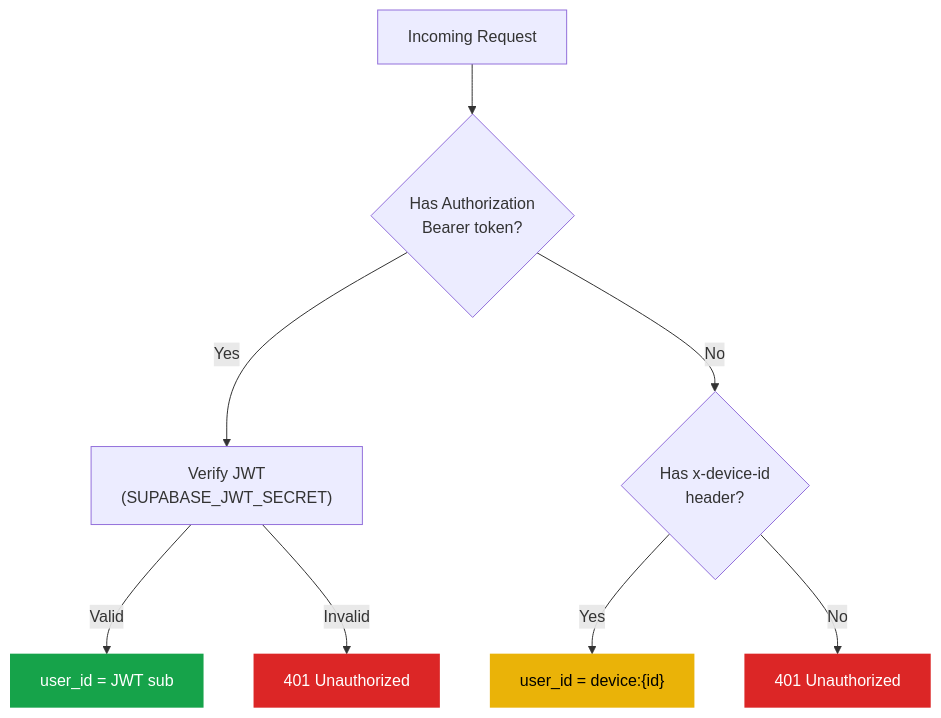
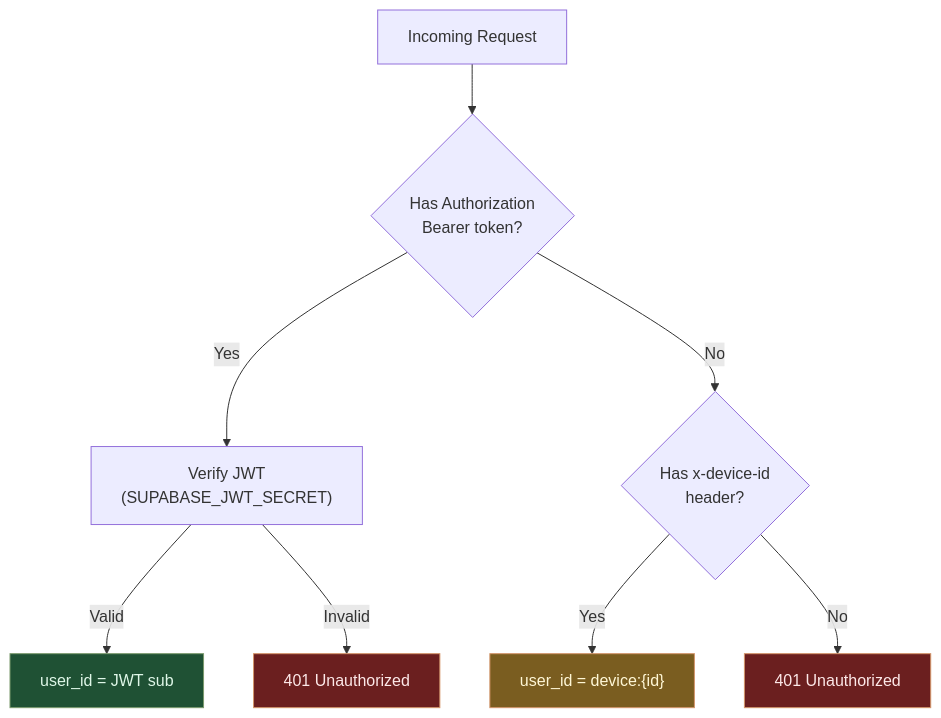
Before and after one commit to wartelth/baristapp: the fourth of 5 diagrams in docs/docs/architecture/security.md, drawn with Mermaid. The commit also changed other lines of this file and 304 other files, not shown here.

````diff
--- a/docs/docs/architecture/security.md
+++ b/docs/docs/architecture/security.md
@@ -93,15 +104,15 @@
 ```mermaid
 flowchart TD
     Req["Incoming Request"] --> JWT{"Has Authorization<br/>Bearer token?"}
     JWT -->|Yes| Verify["Verify JWT<br/>(SUPABASE_JWT_SECRET)"]
     Verify -->|Valid| UserID["user_id = JWT sub"]
     Verify -->|Invalid| Reject["401 Unauthorized"]
     JWT -->|No| Device{"Has x-device-id<br/>header?"}
     Device -->|Yes| DeviceID["user_id = device:{id}"]
     Device -->|No| Reject2["401 Unauthorized"]
 
-    style UserID fill:#16a34a,color:#fff,stroke:none
-    style DeviceID fill:#eab308,color:#000,stroke:none
-    style Reject fill:#dc2626,color:#fff,stroke:none
-    style Reject2 fill:#dc2626,color:#fff,stroke:none
+    style UserID fill:#1f5134,color:#dff7e8,stroke:#7b9a6d
+    style DeviceID fill:#7a5d20,color:#fff7d6,stroke:#d4956a
+    style Reject fill:#6b1f1f,color:#fde8e8,stroke:#d4956a
+    style Reject2 fill:#6b1f1f,color:#fde8e8,stroke:#d4956a
 ```
````
